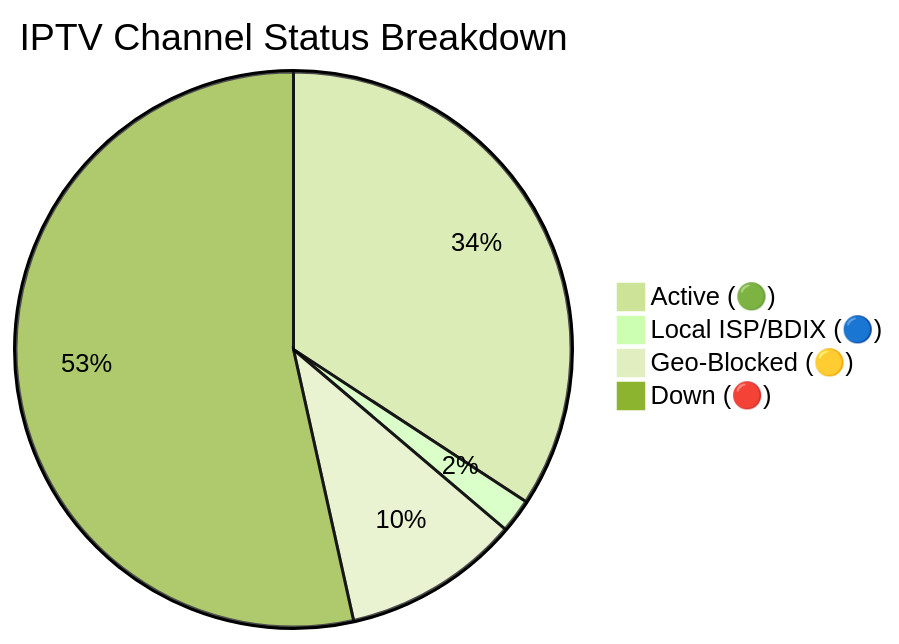
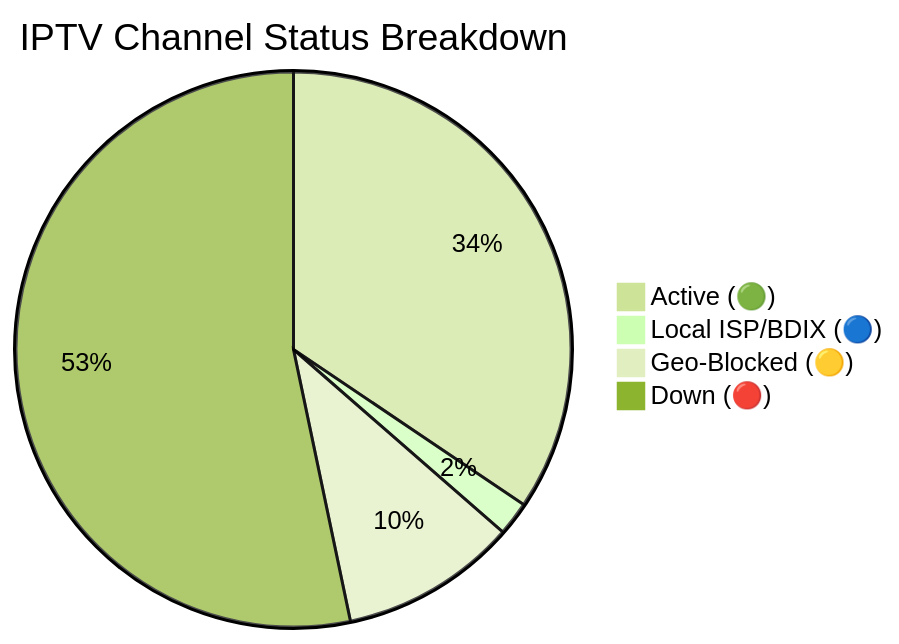
The diagram in README.md (andreataylord/Ip-tv-Collection), drawn with Mermaid (forest theme) before and after one commit. The commit also changed other lines of this file and 1 other file, not shown here.

Commit message:
docs(readme): auto-update daily channel status chart

````diff
--- a/README.md
+++ b/README.md
@@ -59,7 +59,7 @@
 ```mermaid
 pie title IPTV Channel Status Breakdown
-    "Active (🟢)" : 2217
+    "Active (🟢)" : 2231
     "Local ISP/BDIX (🔵)" : 128
-    "Geo-Blocked (🟡)" : 669
-    "Down (🔴)" : 3464
+    "Geo-Blocked (🟡)" : 667
+    "Down (🔴)" : 3452
 ```
````
